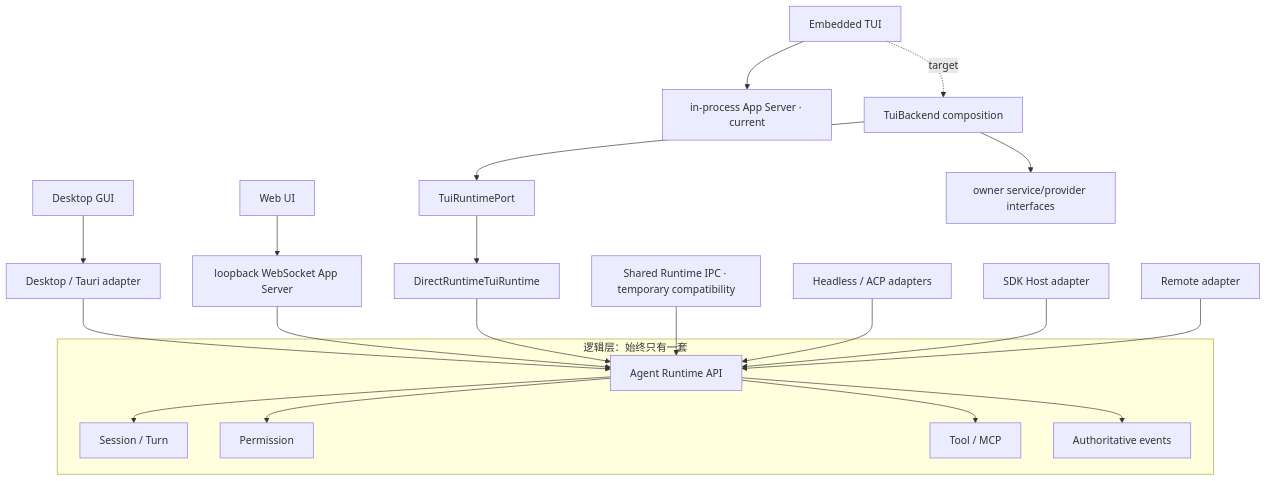
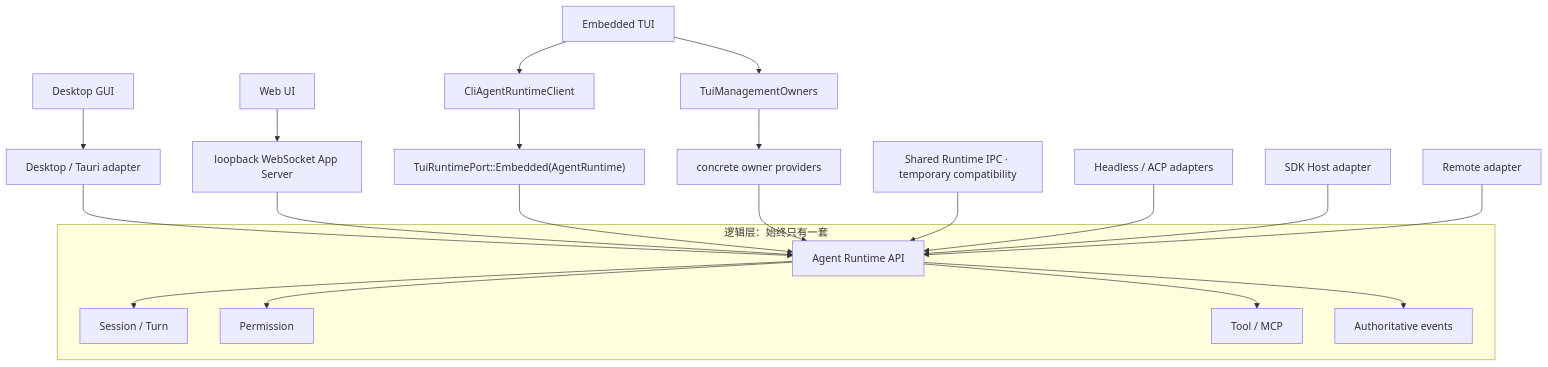
Before and after one commit to GCWing/BitFun: the fifth of 17 diagrams in docs/architecture/agent-runtime-deployment-design.md, drawn with Mermaid. The commit also changed other lines of this file and 181 other files, not shown here.

First line of the commit message:
refactor(cli): use direct runtime for embedded TUI

````diff
--- a/docs/architecture/agent-runtime-deployment-design.md
+++ b/docs/architecture/agent-runtime-deployment-design.md
@@ -109,24 +113,24 @@
 ```mermaid
 flowchart TB
   subgraph "逻辑层：始终只有一套"
     API["Agent Runtime API"] --> Session["Session / Turn"]
     API --> Permission["Permission"]
     API --> Tool["Tool / MCP"]
     API --> Events["Authoritative events"]
   end
 
   Desktop["Desktop GUI"] --> DesktopAdapter["Desktop / Tauri adapter"]
   Web["Web UI"] --> AppServer["loopback WebSocket App Server"]
-  EmbeddedTUI["Embedded TUI"] --> EmbeddedCurrent["in-process App Server · current"]
-  EmbeddedTUI -. "target" .-> Composition["TuiBackend composition"]
-  Composition --> RuntimePort["TuiRuntimePort"]
-  RuntimePort --> DirectRuntime["DirectRuntimeTuiRuntime"]
-  Composition --> Management["owner service/provider interfaces"]
+  EmbeddedTUI["Embedded TUI"] --> Client["CliAgentRuntimeClient"]
+  Client --> RuntimePort["TuiRuntimePort::Embedded(AgentRuntime)"]
+  EmbeddedTUI --> Management["TuiManagementOwners"]
+  Management --> Providers["concrete owner providers"]
   DesktopAdapter --> API
   AppServer --> API
-  DirectRuntime --> API
+  RuntimePort --> API
+  Providers --> API
   SharedCompat["Shared Runtime IPC · temporary compatibility"] --> API
   Headless["Headless / ACP adapters"] --> API
   SDK["SDK Host adapter"] --> API
   Remote["Remote adapter"] --> API
 ```
````
